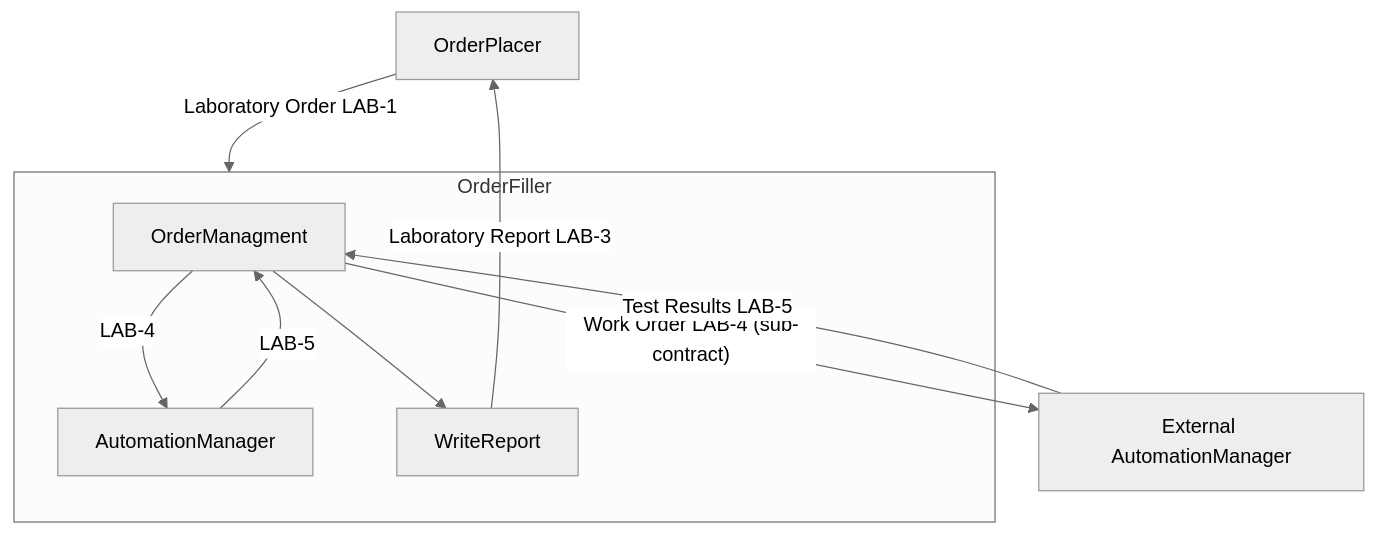
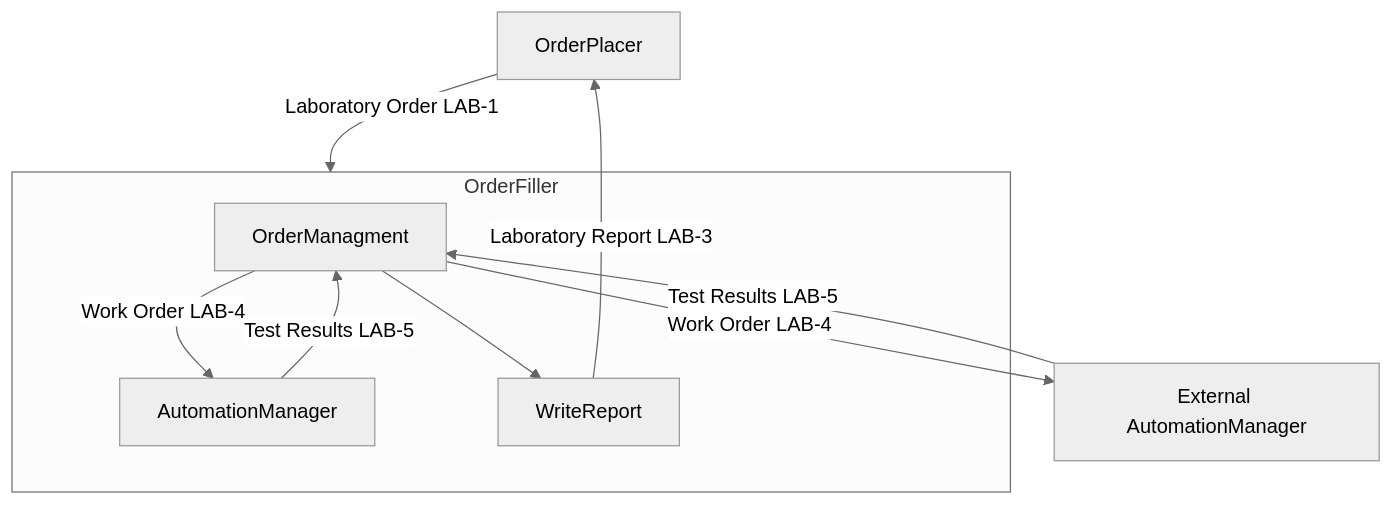
Diagram 11 of 15 in input/pagecontent/LTW.md (nw-gmsa/nw-gmsa.github.com), drawn with Mermaid (neutral theme) before and after one commit. The commit also changed 1 other file, not shown here.

Commit message:
Overview process model

````diff
--- a/input/pagecontent/LTW.md
+++ b/input/pagecontent/LTW.md
@@ -475,27 +475,27 @@
 ```mermaid
 graph TD;
 
     OrderPlacer
 
     subgraph OrderFiller;
         
-        OrderManagment --> |LAB-4| AutomationManager
-        AutomationManager --> |LAB-5| OrderManagment 
+        OrderManagment --> |Work Order LAB-4| AutomationManager
+        AutomationManager --> |Test Results LAB-5| OrderManagment 
         OrderManagment --> WriteReport
     end
 
     ExtOrderPlacer[External AutomationManager] 
-    OrderManagment --> |"Work Order LAB-4 (sub-contract)"| ExtOrderPlacer
+    OrderManagment --> |"Work Order LAB-4"| ExtOrderPlacer
     ExtOrderPlacer --> |Test Results LAB-5| OrderManagment 
 
     OrderPlacer --> |Laboratory Order LAB-1| OrderFiller
     WriteReport --> |Laboratory Report LAB-3| OrderPlacer
 
     classDef purple fill:#E1D5E7;
 
     classDef yellow fill:#FFF2CC;
     classDef pink fill:#F8CECC
     classDef green fill:#D5E8D4;
     classDef blue fill:#DAE8FC;
     classDef orange fill:#FFE6CC;
 ```
````
